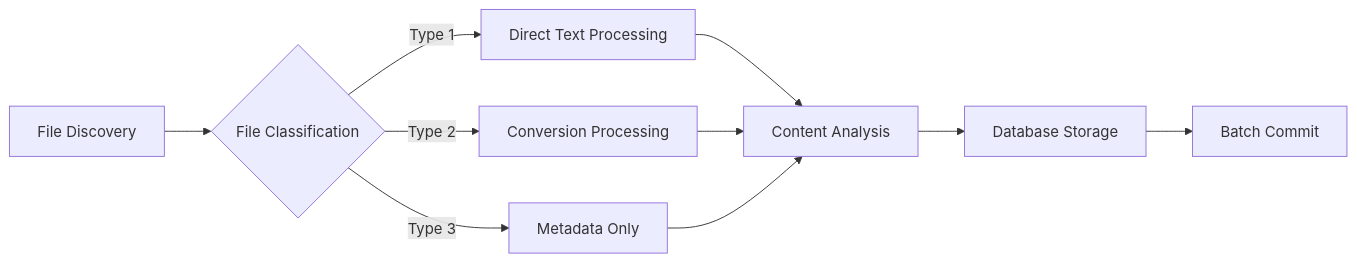
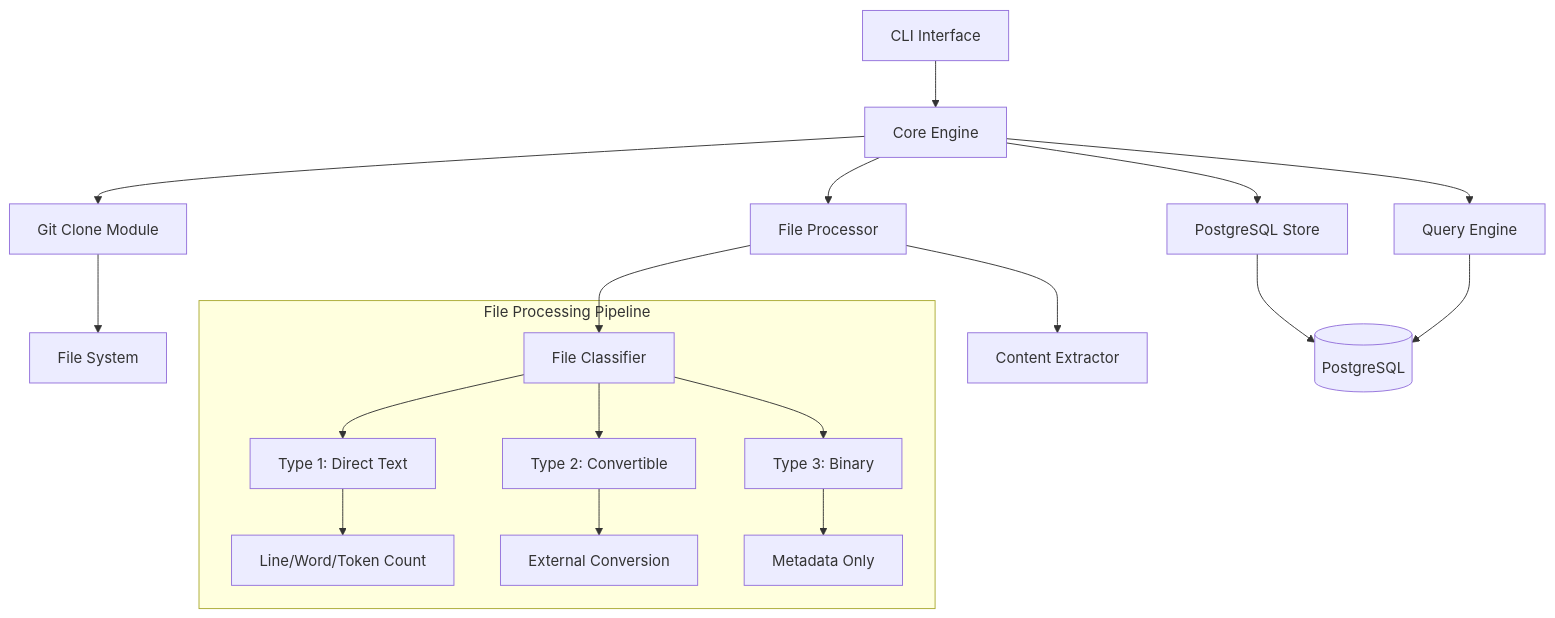
Before and after one commit to that-in-rust/pensieve-local-llm-server: the diagram in .kiro/specs/S03-ingest-code-to-pgdb/design.md, drawn with Mermaid. The commit also changed other lines of this file and 2 other files, not shown here.

````diff
--- a/.kiro/specs/S03-ingest-code-to-pgdb/design.md
+++ b/.kiro/specs/S03-ingest-code-to-pgdb/design.md
@@ -292,12 +13,24 @@
 ```mermaid
-graph LR
-    A[File Discovery] --> B{File Classification}
-    B -->|Type 1| C[Direct Text Processing]
-    B -->|Type 2| D[Conversion Processing]
-    B -->|Type 3| E[Metadata Only]
-    C --> F[Content Analysis]
-    D --> F
-    E --> F
-    F --> G[Database Storage]
-    G --> H[Batch Commit]
+graph TD
+    CLI[CLI Interface] --> Core[Core Engine]
+    Core --> Clone[Git Clone Module]
+    Core --> Process[File Processor]
+    Core --> Store[PostgreSQL Store]
+    Core --> Query[Query Engine]
+    
+    Clone --> FS[File System]
+    Process --> Classify[File Classifier]
+    Process --> Extract[Content Extractor]
+    Store --> PG[(PostgreSQL)]
+    Query --> PG
+    
+    subgraph "File Processing Pipeline"
+        Classify --> DirectText[Type 1: Direct Text]
+        Classify --> Convertible[Type 2: Convertible]
+        Classify --> Binary[Type 3: Binary]
+        
+        DirectText --> TextMetrics[Line/Word/Token Count]
+        Convertible --> Convert[External Conversion]
+        Binary --> MetaOnly[Metadata Only]
+    end
 ```
````
